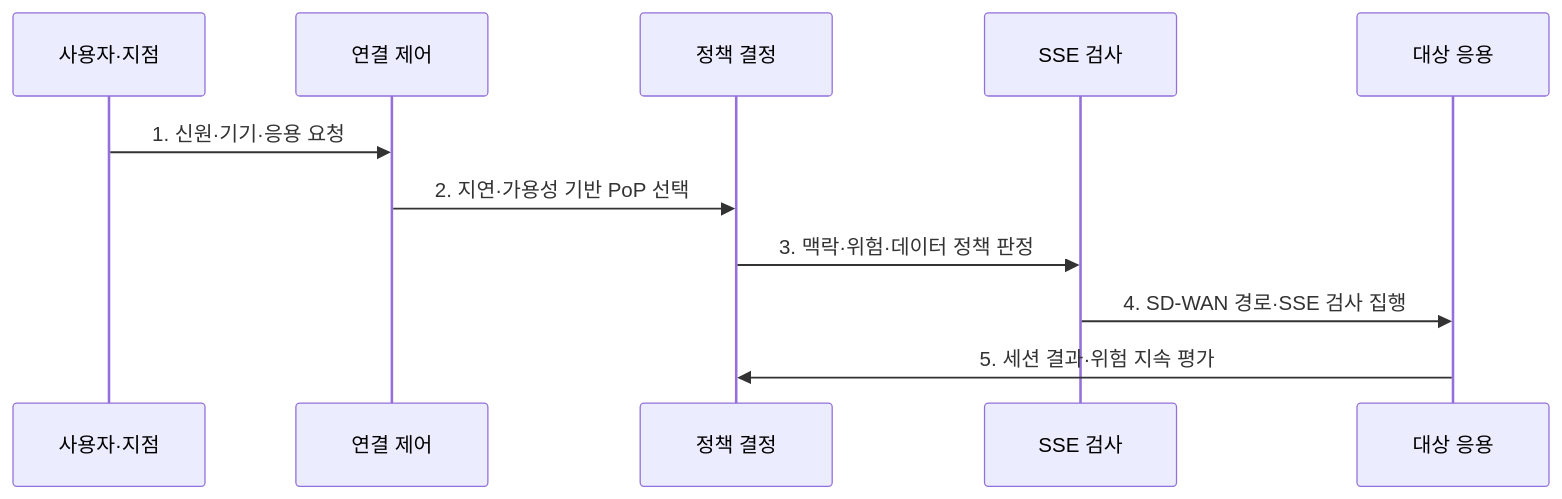
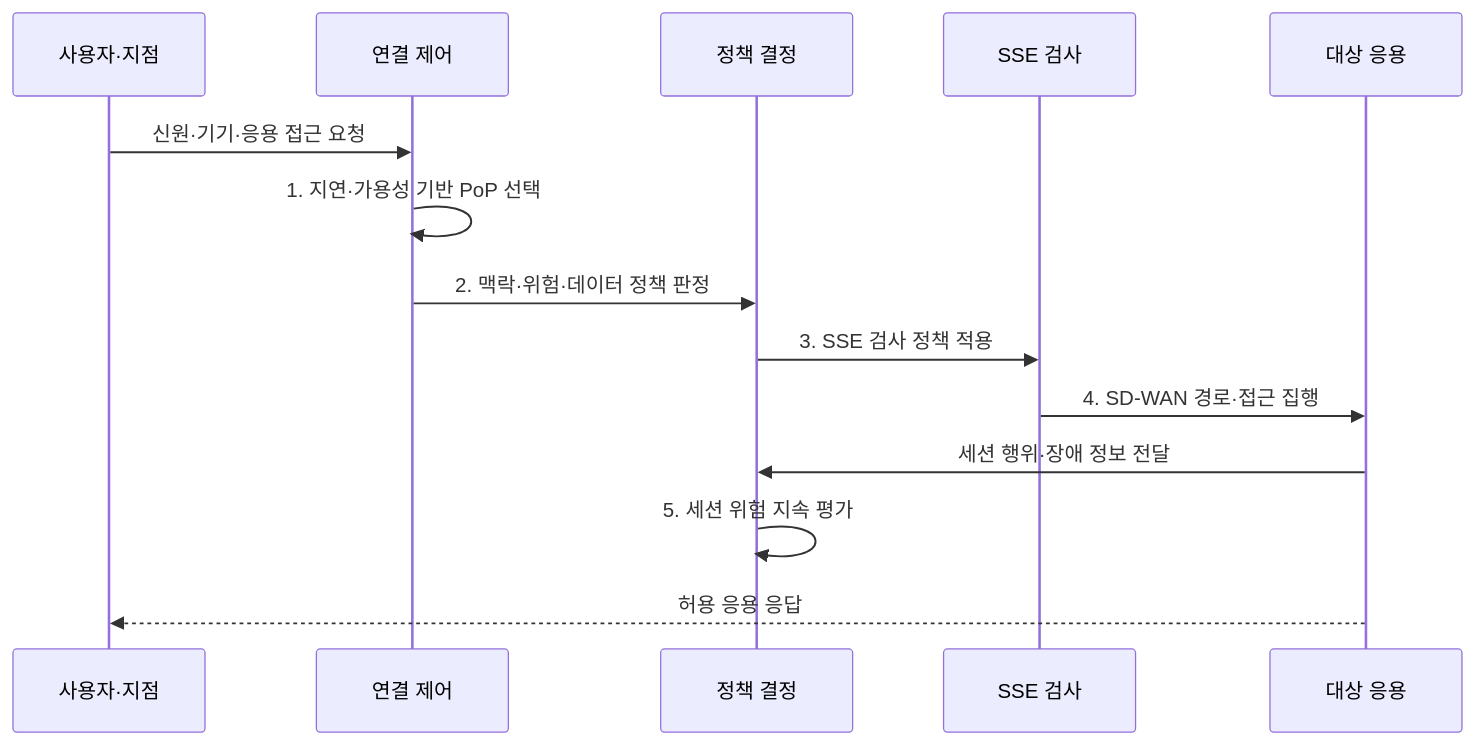
Before and after one commit to agnusdei1207/knowledge-base: the second of 2 diagrams in src/content/docs/notes/05-security/141_sase_architecture.md, drawn with Mermaid. The commit also changed other lines of this file and 7 other files, not shown here.

````diff
--- a/src/content/docs/notes/05-security/141_sase_architecture.md
+++ b/src/content/docs/notes/05-security/141_sase_architecture.md
@@ -82,13 +82,16 @@
 ```mermaid
 sequenceDiagram
   participant U as 사용자·지점
   participant C as 연결 제어
   participant P as 정책 결정
   participant E as SSE 검사
   participant A as 대상 응용
-  U->>C: 1. 신원·기기·응용 요청
-  C->>P: 2. 지연·가용성 기반 PoP 선택
-  P->>E: 3. 맥락·위험·데이터 정책 판정
-  E->>A: 4. SD-WAN 경로·SSE 검사 집행
-  A->>P: 5. 세션 결과·위험 지속 평가
+  U->>C: 신원·기기·응용 접근 요청
+  C->>C: 1. 지연·가용성 기반 PoP 선택
+  C->>P: 2. 맥락·위험·데이터 정책 판정
+  P->>E: 3. SSE 검사 정책 적용
+  E->>A: 4. SD-WAN 경로·접근 집행
+  A->>P: 세션 행위·장애 정보 전달
+  P->>P: 5. 세션 위험 지속 평가
+  A-->>U: 허용 응용 응답
 ```
````
